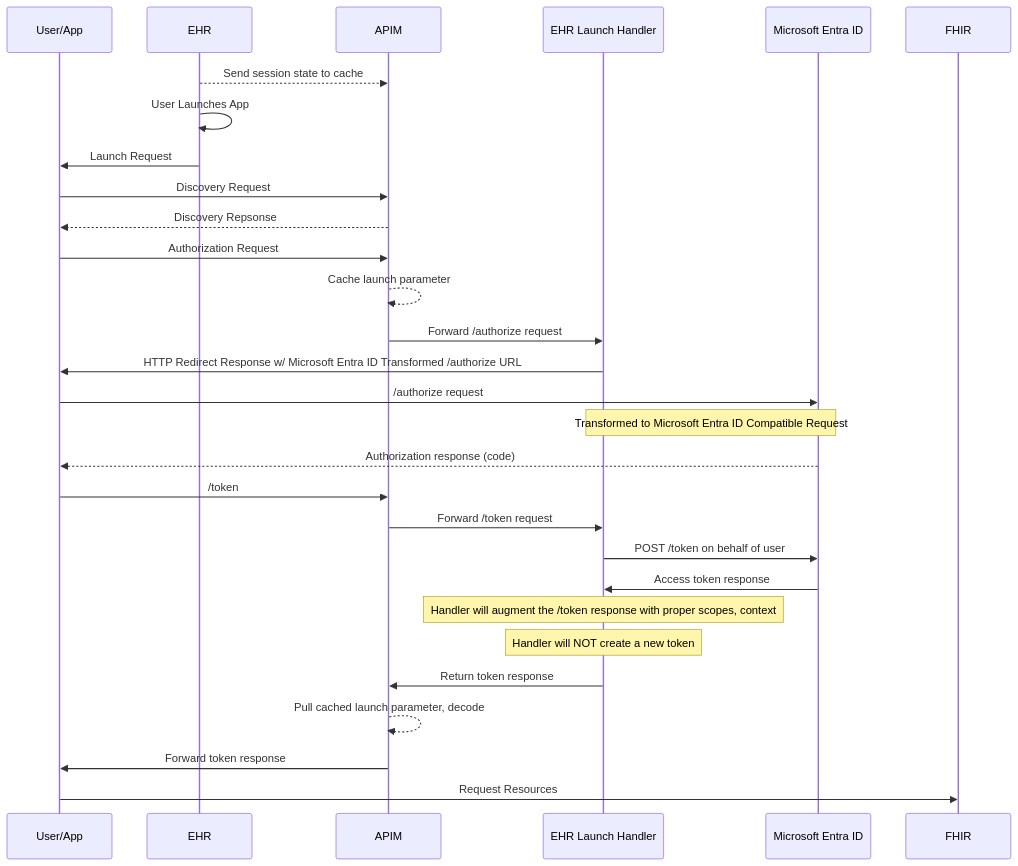
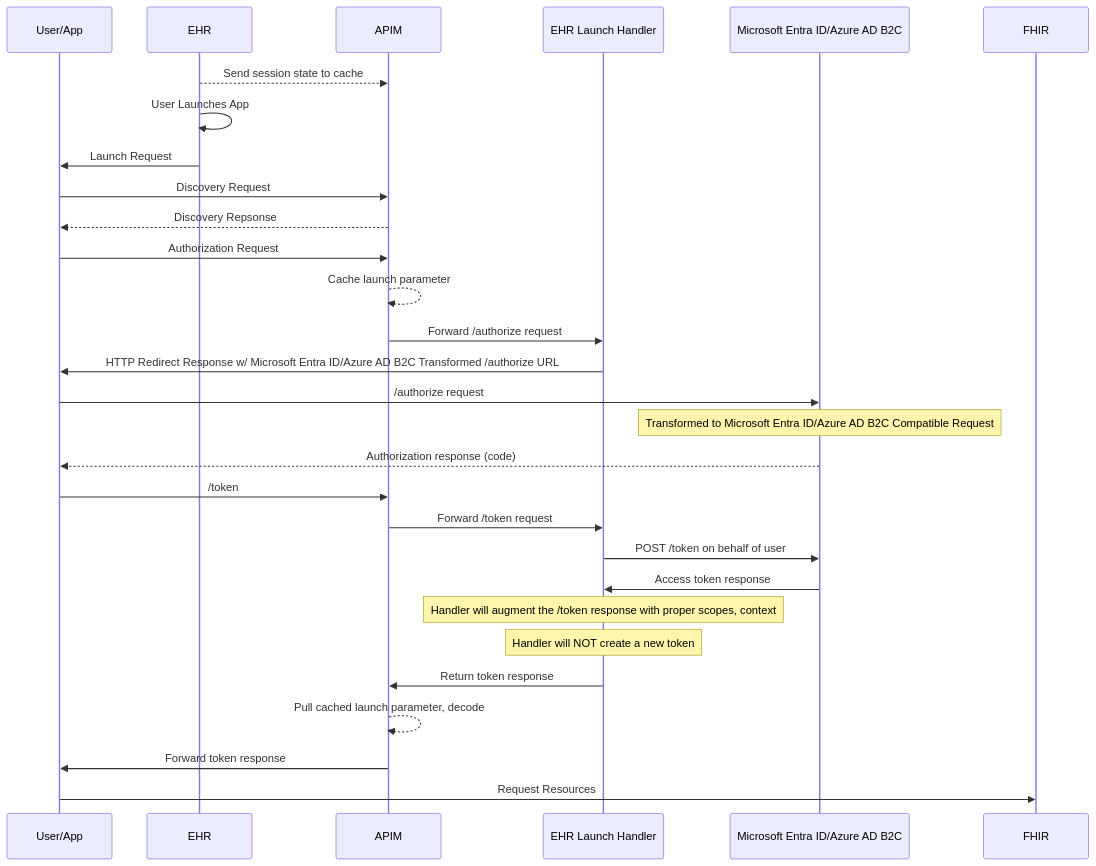
One commit to Azure-Samples/azure-health-data-and-ai-samples changed the second of 4 diagrams in samples/smartonfhir-oncg10-consolidated/docs/technical-guide.md. Above: the diagram before and after it, drawn with Mermaid. The commit also changed other lines of this file and 8 other files, not shown here.

````diff
--- a/samples/smartonfhir-oncg10-consolidated/docs/technical-guide.md
+++ b/samples/smartonfhir-oncg10-consolidated/docs/technical-guide.md
@@ -62,32 +62,32 @@
 ```mermaid
   sequenceDiagram
     participant User/App
     participant EHR
     participant APIM
     participant EHR Launch Handler
-    participant Microsoft Entra ID
+    participant Microsoft Entra ID/Azure AD B2C
 
     EHR -->> APIM: Send session state to cache
     EHR ->> EHR: User Launches App
     EHR ->> User/App: Launch Request
 
     User/App ->> APIM: Discovery Request
     APIM -->> User/App: Discovery Repsonse
     User/App ->> APIM:  Authorization Request
     APIM -->> APIM: Cache launch parameter
     APIM ->> EHR Launch Handler: Forward /authorize request    
-    EHR Launch Handler ->> User/App: HTTP Redirect Response w/ Microsoft Entra ID Transformed /authorize URL
-    User/App ->> Microsoft Entra ID: /authorize request
-    note over EHR Launch Handler, Microsoft Entra ID: Transformed to Microsoft Entra ID Compatible Request
-    Microsoft Entra ID -->> User/App: Authorization response (code)
+    EHR Launch Handler ->> User/App: HTTP Redirect Response w/ Microsoft Entra ID/Azure AD B2C Transformed /authorize URL
+    User/App ->> Microsoft Entra ID/Azure AD B2C: /authorize request
+    note over Microsoft Entra ID/Azure AD B2C: Transformed to Microsoft Entra ID/Azure AD B2C Compatible Request
+    Microsoft Entra ID/Azure AD B2C -->> User/App: Authorization response (code)
     User/App ->> APIM: /token
     APIM ->> EHR Launch Handler: Forward /token request
-    EHR Launch Handler ->> Microsoft Entra ID: POST /token on behalf of user
-    Microsoft Entra ID ->> EHR Launch Handler: Access token response
+    EHR Launch Handler ->> Microsoft Entra ID/Azure AD B2C: POST /token on behalf of user
+    Microsoft Entra ID/Azure AD B2C ->> EHR Launch Handler: Access token response
     note over EHR Launch Handler: Handler will augment the /token response with proper scopes, context
     note over EHR Launch Handler: Handler will NOT create a new token
     EHR Launch Handler ->> APIM: Return token response
     APIM -->> APIM: Pull cached launch parameter, decode
     APIM ->> User/App: Forward token response
     User/App ->> FHIR: Request Resources
 ```
````
